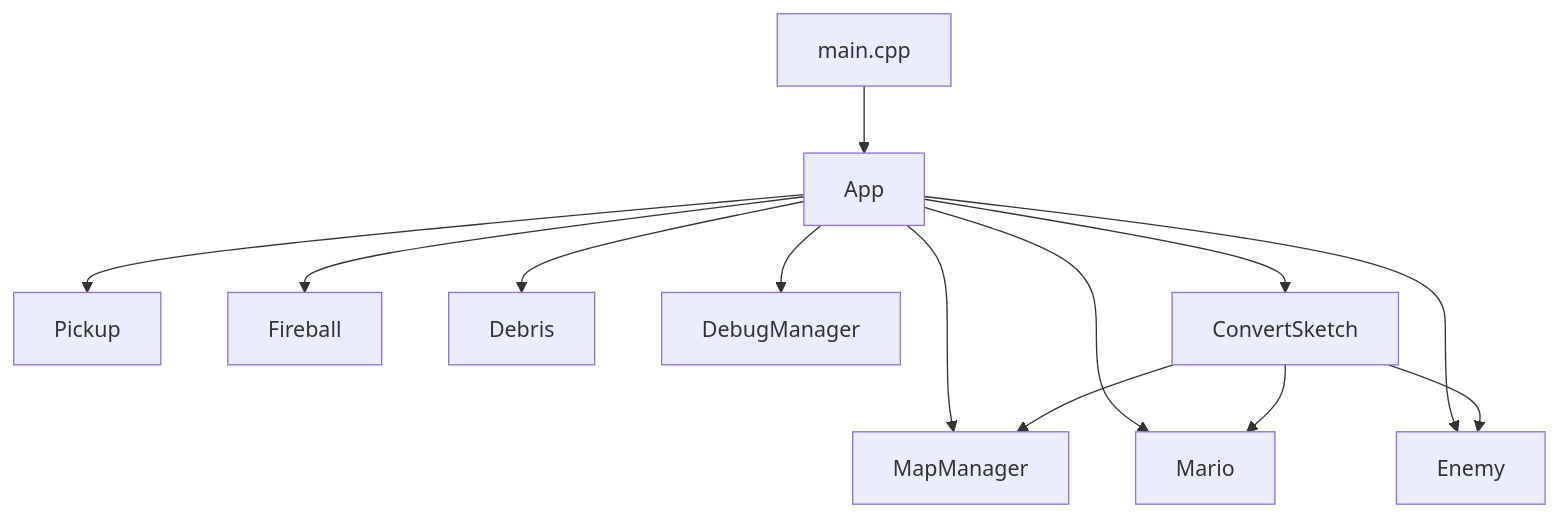
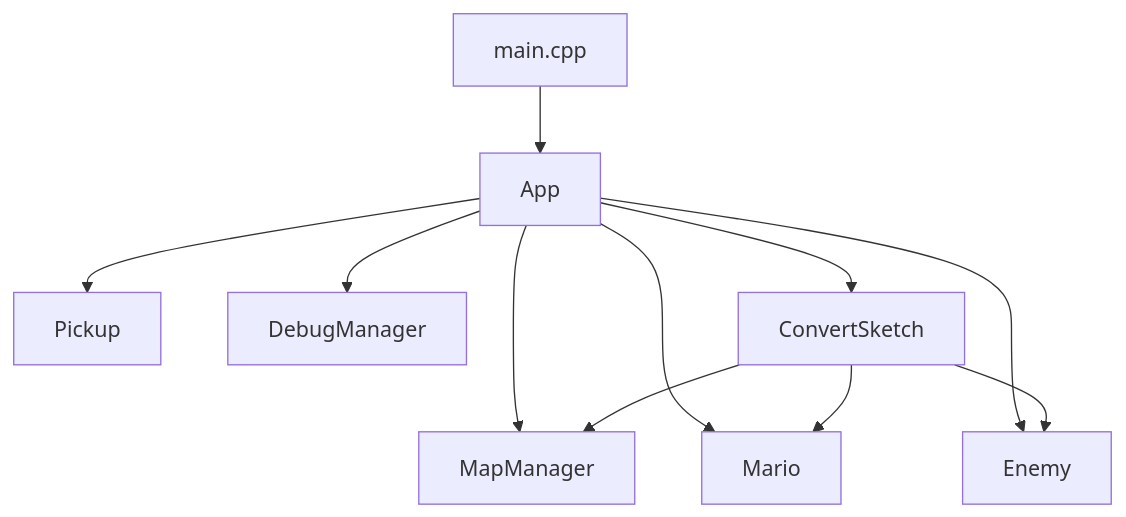
The diagram in FinalReport.md (NicholasIng/MARIO), drawn with Mermaid before and after one commit. The commit also changed other lines of this file, not shown here.

````diff
--- a/FinalReport.md
+++ b/FinalReport.md
@@ -62,15 +62,13 @@
 ```mermaid
 graph TD
     A["main.cpp"] --> B["App"]
     B --> C["MapManager"]
     B --> D["Mario"]
     B --> E["Enemy"]
     B --> F["Pickup"]
-    B --> G["Fireball"]
-    B --> H["Debris"]
-    B --> I["DebugManager"]
-    B --> J["ConvertSketch"]
-    J --> C
-    J --> D
-    J --> E
+    B --> G["DebugManager"]
+    B --> H["ConvertSketch"]
+    H --> C
+    H --> D
+    H --> E
 ```
````
